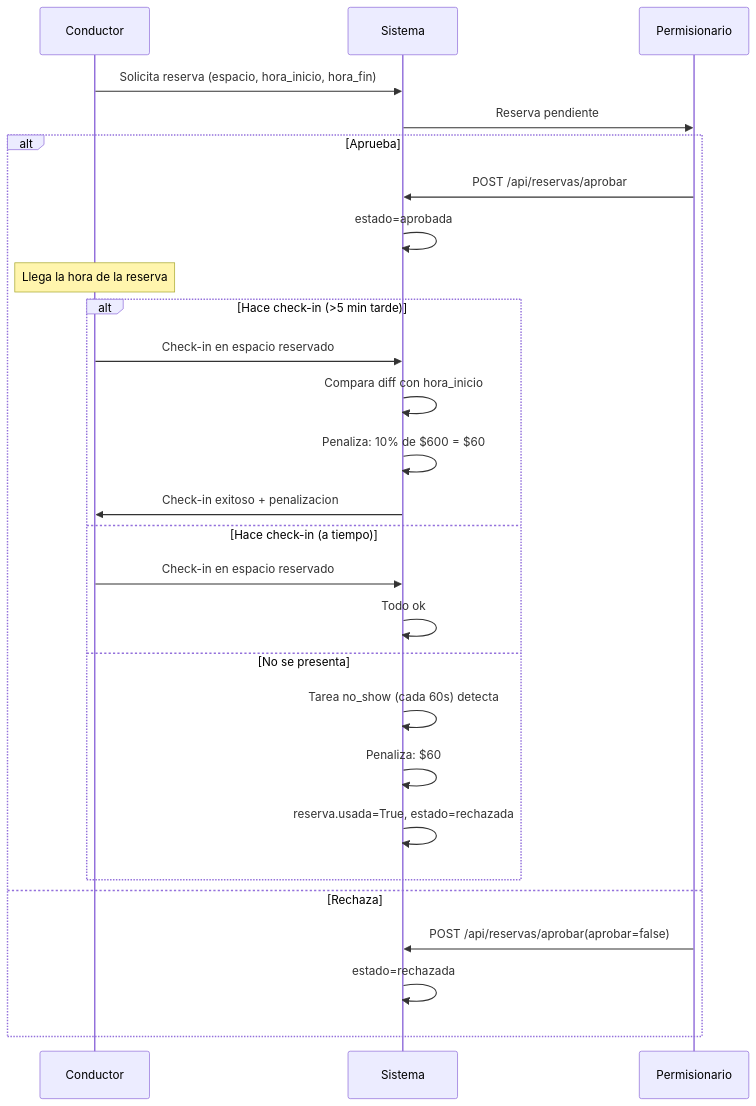
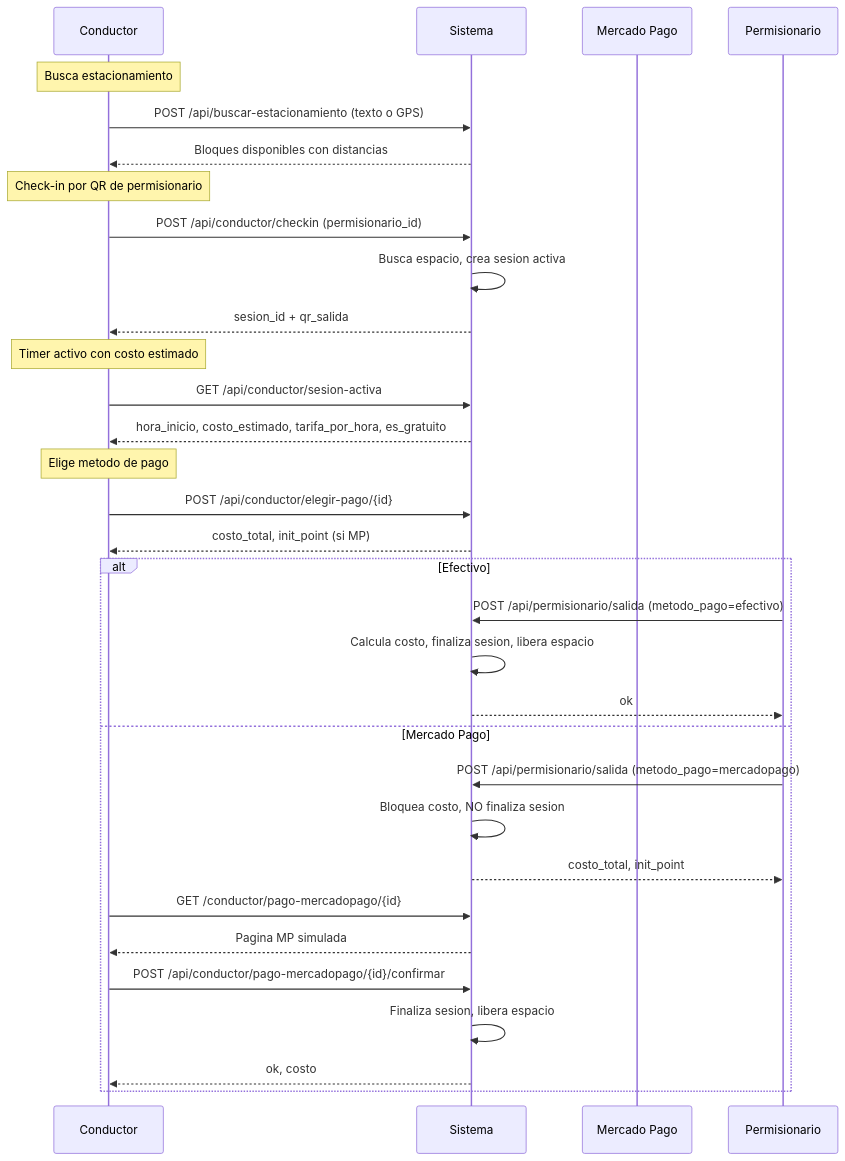
One commit to gildoadiaz-tech/estacionamiento-medido changed the fourth of 7 diagrams in docs/arquitectura.md. Above: the diagram before and after it, drawn with Mermaid. The commit also changed other lines of this file and 52 other files, not shown here.

First line of the commit message:
docs: actualiza README + docs con v2.0 completo (4 roles, IDEMSA fix, registro por email, PWA, MP simulado)

````diff
--- a/docs/arquitectura.md
+++ b/docs/arquitectura.md
@@ -172,30 +204,39 @@
 ```mermaid
 sequenceDiagram
     participant C as Conductor
     participant S as Sistema
+    participant MP as Mercado Pago
     participant P as Permisionario
-    
-    C->>S: Solicita reserva (espacio, hora_inicio, hora_fin)
-    S->>P: Reserva pendiente
-    alt Aprueba
-        P->>S: POST /api/reservas/aprobar
-        S->>S: estado=aprobada
-        Note over C: Llega la hora de la reserva
-        alt Hace check-in (>5 min tarde)
-            C->>S: Check-in en espacio reservado
-            S->>S: Compara diff con hora_inicio
-            S->>S: Penaliza: 10% de $600 = $60
-            S->>C: Check-in exitoso + penalizacion
-        else Hace check-in (a tiempo)
-            C->>S: Check-in en espacio reservado
-            S->>S: Todo ok
-        else No se presenta
-            S->>S: Tarea no_show (cada 60s) detecta
-            S->>S: Penaliza: $60
-            S->>S: reserva.usada=True, estado=rechazada
-        end
-    else Rechaza
-        P->>S: POST /api/reservas/aprobar(aprobar=false)
-        S->>S: estado=rechazada
+
+    Note over C: Busca estacionamiento
+    C->>S: POST /api/buscar-estacionamiento (texto o GPS)
+    S-->>C: Bloques disponibles con distancias
+
+    Note over C: Check-in por QR de permisionario
+    C->>S: POST /api/conductor/checkin (permisionario_id)
+    S->>S: Busca espacio, crea sesion activa
+    S-->>C: sesion_id + qr_salida
+
+    Note over C: Timer activo con costo estimado
+    C->>S: GET /api/conductor/sesion-activa
+    S-->>C: hora_inicio, costo_estimado, tarifa_por_hora, es_gratuito
+
+    Note over C: Elige metodo de pago
+    C->>S: POST /api/conductor/elegir-pago/{id}
+    S-->>C: costo_total, init_point (si MP)
+
+    alt Efectivo
+        P->>S: POST /api/permisionario/salida (metodo_pago=efectivo)
+        S->>S: Calcula costo, finaliza sesion, libera espacio
+        S-->>P: ok
+    else Mercado Pago
+        P->>S: POST /api/permisionario/salida (metodo_pago=mercadopago)
+        S->>S: Bloquea costo, NO finaliza sesion
+        S-->>P: costo_total, init_point
+        C->>S: GET /conductor/pago-mercadopago/{id}
+        S-->>C: Pagina MP simulada
+        C->>S: POST /api/conductor/pago-mercadopago/{id}/confirmar
+        S->>S: Finaliza sesion, libera espacio
+        S-->>C: ok, costo
     end
 ```
````
